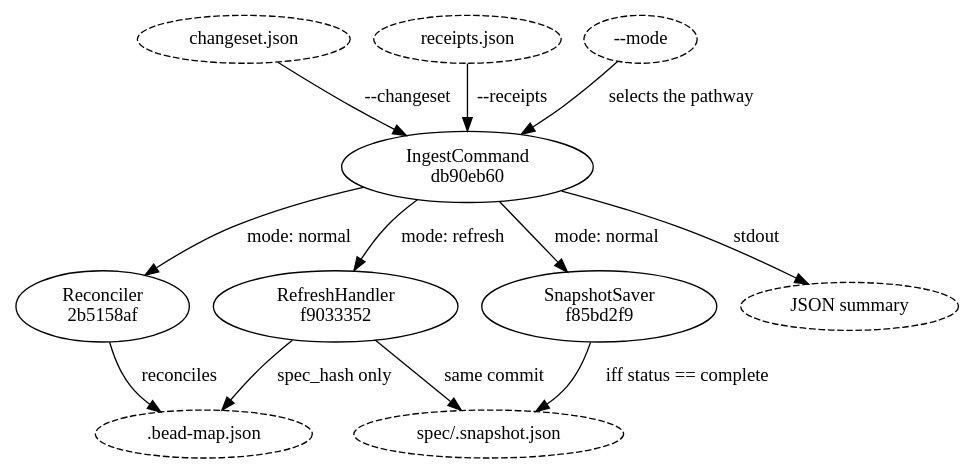
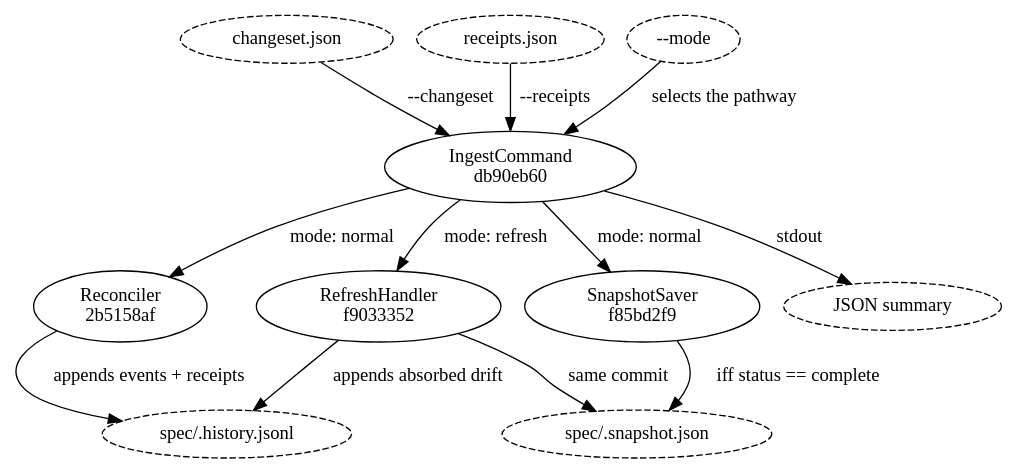
The diagram in spec/ingest/flow_ingest.md (dmitriyb/spexmachina), drawn with Graphviz before and after one commit. The commit also changed other lines of this file and 64 other files, not shown here.

````diff
--- a/spec/ingest/flow_ingest.md
+++ b/spec/ingest/flow_ingest.md
@@ -13,26 +11,26 @@
 ```dot
 digraph ingest_dispatch {
-    "changeset.json"      [style=dashed];
-    "receipts.json"       [style=dashed];
-    "--mode"              [style=dashed];
-    "db90eb607bcb"        [label="IngestCommand\ndb90eb60"];
-    "2b5158af774b"        [label="Reconciler\n2b5158af"];
-    "f85bd2f94aeb"        [label="SnapshotSaver\nf85bd2f9"];
-    "f9033352c13f"        [label="RefreshHandler\nf9033352"];
-    ".bead-map.json"      [style=dashed];
-    "spec/.snapshot.json" [style=dashed];
-    "JSON summary"        [style=dashed];
+    "changeset.json"        [style=dashed];
+    "receipts.json"         [style=dashed];
+    "--mode"                [style=dashed];
+    "db90eb607bcb"          [label="IngestCommand\ndb90eb60"];
+    "2b5158af774b"          [label="Reconciler\n2b5158af"];
+    "f85bd2f94aeb"          [label="SnapshotSaver\nf85bd2f9"];
+    "f9033352c13f"          [label="RefreshHandler\nf9033352"];
+    "spec/.history.jsonl"   [style=dashed];
+    "spec/.snapshot.json"   [style=dashed];
+    "JSON summary"          [style=dashed];
 
     "changeset.json"  -> "db90eb607bcb"        [label="--changeset"];
     "receipts.json"   -> "db90eb607bcb"        [label="--receipts"];
     "--mode"          -> "db90eb607bcb"        [label="selects the pathway"];
     "db90eb607bcb"    -> "2b5158af774b"        [label="mode: normal"];
     "db90eb607bcb"    -> "f85bd2f94aeb"        [label="mode: normal"];
     "db90eb607bcb"    -> "f9033352c13f"        [label="mode: refresh"];
-    "2b5158af774b"    -> ".bead-map.json"      [label="reconciles"];
+    "2b5158af774b"    -> "spec/.history.jsonl" [label="appends events + receipts"];
     "f85bd2f94aeb"    -> "spec/.snapshot.json" [label="iff status == complete"];
-    "f9033352c13f"    -> ".bead-map.json"      [label="spec_hash only"];
+    "f9033352c13f"    -> "spec/.history.jsonl" [label="appends absorbed drift"];
     "f9033352c13f"    -> "spec/.snapshot.json" [label="same commit"];
     "db90eb607bcb"    -> "JSON summary"        [label="stdout"];
 }
 ```
````
